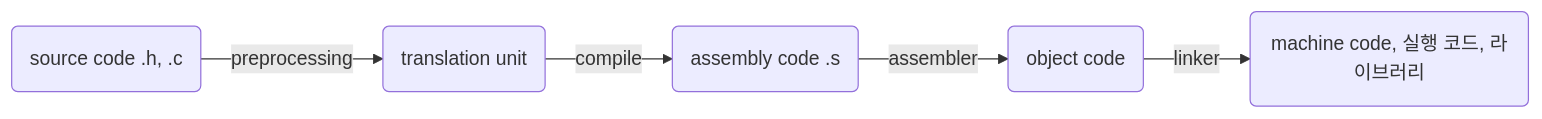
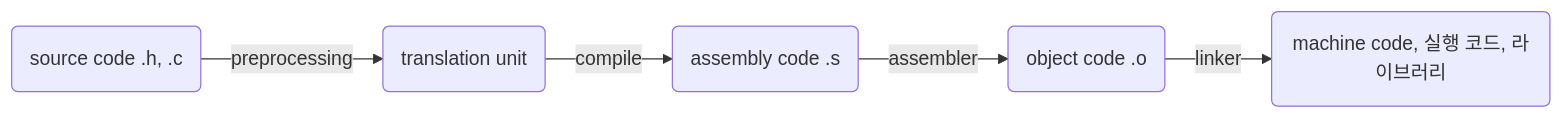
Before and after one commit to DarrenKwonDev/file_of_dump: the diagram in docs/c_docs.md, drawn with Mermaid. The commit also changed other lines of this file and 7 other files, not shown here.

````diff
--- a/docs/c_docs.md
+++ b/docs/c_docs.md
@@ -211,8 +210,8 @@
 ```mermaid
 flowchart LR
 
 A(source code .h, .c) -- preprocessing --> B(translation unit)
 B -- compile --> C(assembly code .s)
-C -- assembler --> D(object code)
+C -- assembler --> D(object code .o)
 D -- linker --> E(machine code, 실행 코드, 라이브러리)
 ```
````
